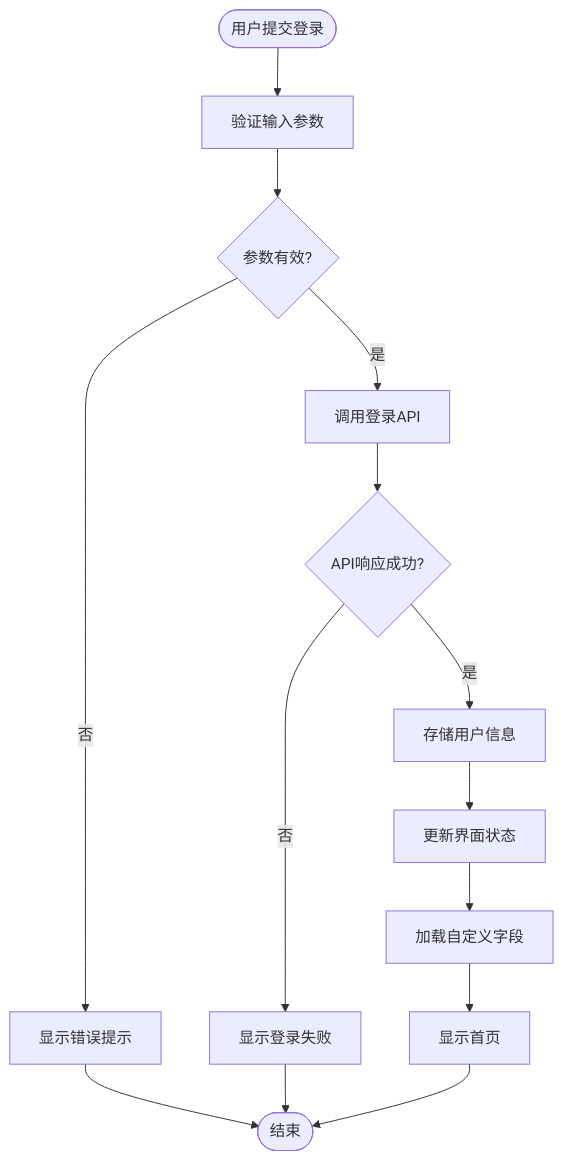
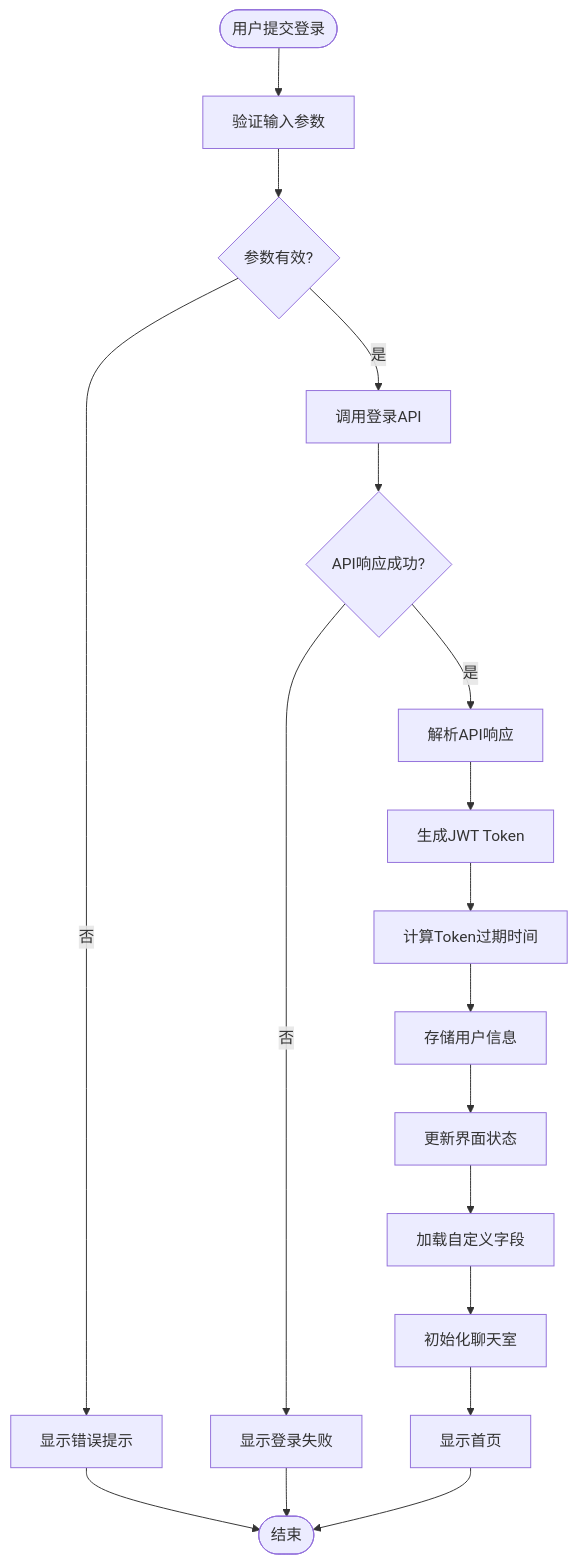
Before and after one commit to qq20739111/weilushishe-lishitai: the sixth of 28 diagrams in .qoder/repowiki/zh/content/Web界面/JavaScript交互逻辑/用户认证系统.md, drawn with Mermaid. The commit also changed other lines of this file and 23 other files, not shown here.

````diff
--- a/.qoder/repowiki/zh/content/Web界面/JavaScript交互逻辑/用户认证系统.md
+++ b/.qoder/repowiki/zh/content/Web界面/JavaScript交互逻辑/用户认证系统.md
@@ -218,16 +283,20 @@
 ```mermaid
 flowchart TD
 Start([用户提交登录]) --> ValidateInput["验证输入参数"]
 ValidateInput --> InputValid{"参数有效?"}
 InputValid --> |否| ShowError["显示错误提示"]
 InputValid --> |是| CallAPI["调用登录API"]
 CallAPI --> APISuccess{"API响应成功?"}
 APISuccess --> |否| ShowLoginError["显示登录失败"]
-APISuccess --> |是| StoreUser["存储用户信息"]
+APISuccess --> |是| ParseResponse["解析API响应"]
+ParseResponse --> GenerateToken["生成JWT Token"]
+GenerateToken --> CalculateExpire["计算Token过期时间"]
+CalculateExpire --> StoreUser["存储用户信息"]
 StoreUser --> UpdateUI["更新界面状态"]
 UpdateUI --> LoadFields["加载自定义字段"]
-LoadFields --> ShowHome["显示首页"]
+LoadFields --> InitChat["初始化聊天室"]
+InitChat --> ShowHome["显示首页"]
 ShowError --> End([结束])
 ShowLoginError --> End
 ShowHome --> End
 ```
````
